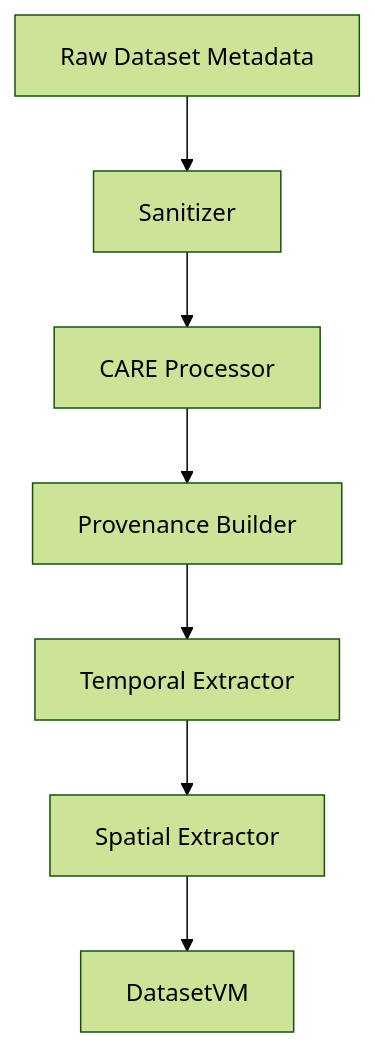
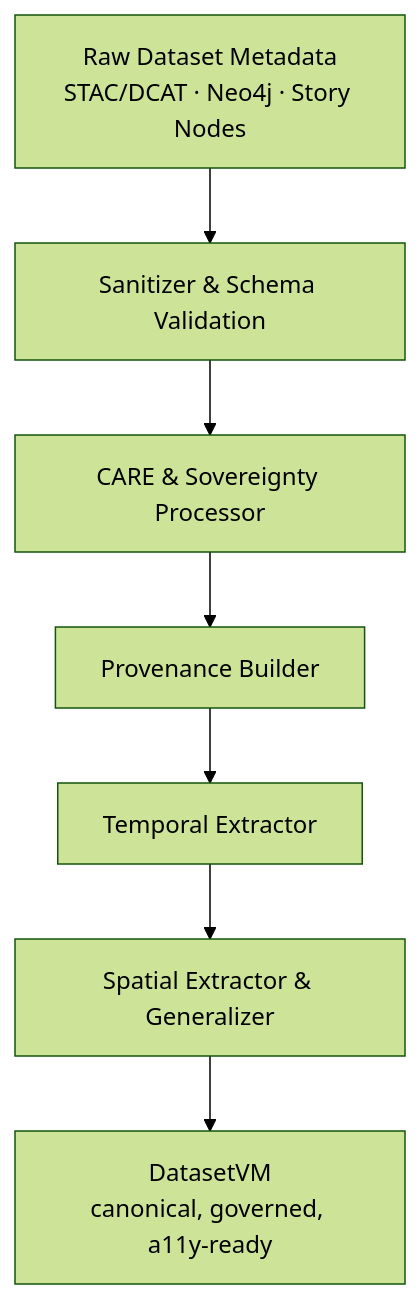
Before and after one commit to bartytime4life/Kansas-Frontier-Matrix: the first of 3 diagrams in web/src/entities/datasets/README.md, drawn with Mermaid (forest theme). The commit also changed other lines of this file, not shown here.

````diff
--- a/web/src/entities/datasets/README.md
+++ b/web/src/entities/datasets/README.md
@@ -150,9 +234,9 @@
-```mermaid
+~~~mermaid
 flowchart TD
-    RAWDS["Raw Dataset Metadata"] --> SAN["Sanitizer"]
-    SAN --> CAREPROC["CARE Processor"]
+    RAWDS["Raw Dataset Metadata<br/>STAC/DCAT · Neo4j · Story Nodes"] --> SAN["Sanitizer & Schema Validation"]
+    SAN --> CAREPROC["CARE & Sovereignty Processor"]
     CAREPROC --> PROV["Provenance Builder"]
     PROV --> TEMP["Temporal Extractor"]
-    TEMP --> SPAT["Spatial Extractor"]
-    SPAT --> VM["DatasetVM"]
-```
+    TEMP --> SPAT["Spatial Extractor & Generalizer"]
+    SPAT --> VM["DatasetVM<br/>canonical, governed, a11y-ready"]
+~~~
````
